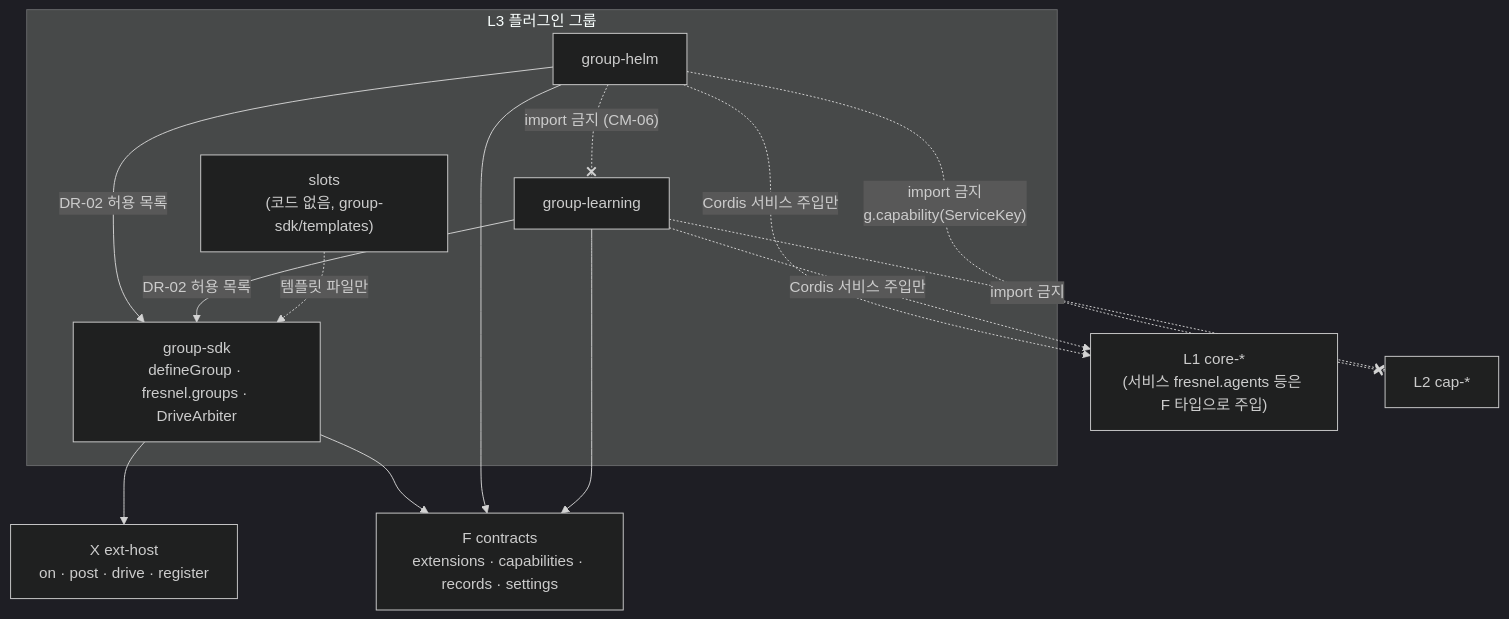
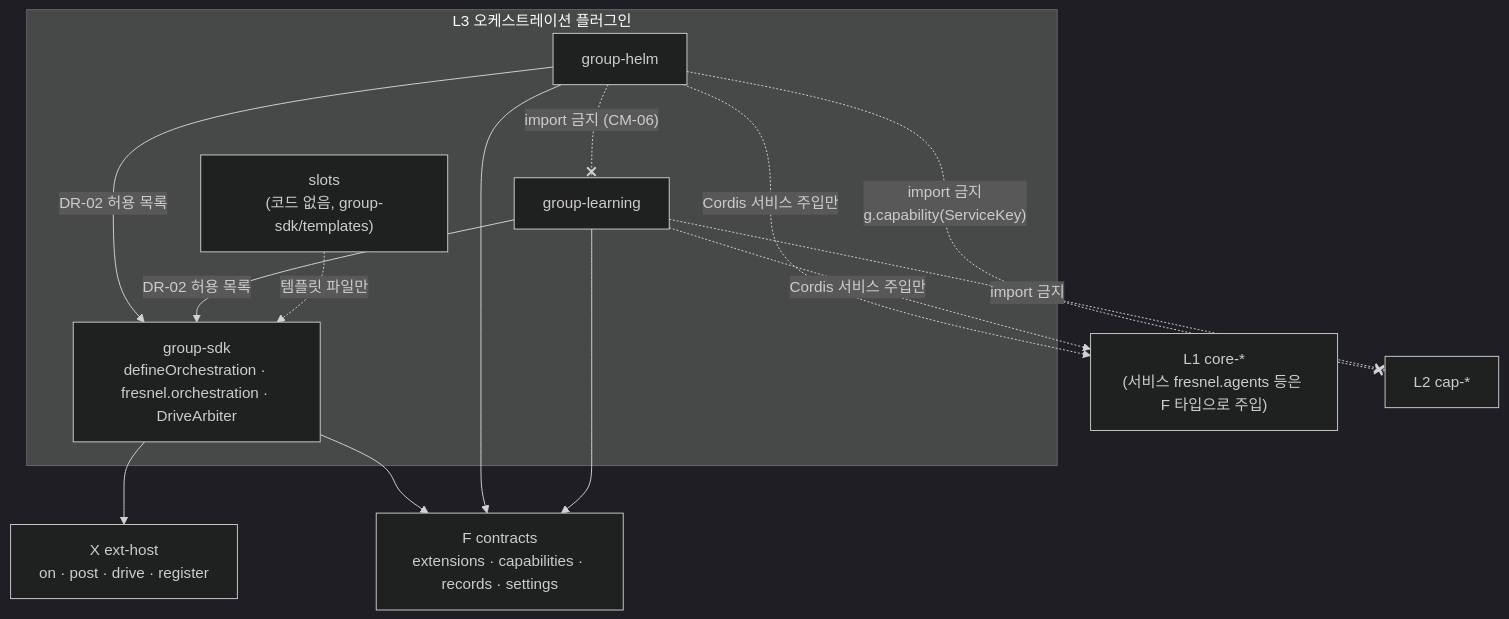
Before and after one commit to Rengod95/Helm-Agent_Docs_OS: the first of 2 diagrams in docs/xeon/L3/README.md, drawn with Mermaid (dark theme). The commit also changed other lines of this file and 404 other files, not shown here.

First line of the commit message:
fresnel(group): 그룹을 플러그인 개념으로 흡수한다: group.* wire, 매니페스트 group 블록, 설정 키, SDK 이름을 orchestration으로 바꾼다

````diff
--- a/docs/xeon/L3/README.md
+++ b/docs/xeon/L3/README.md
@@ -59,26 +59,26 @@
 ```mermaid
 flowchart TD
-  subgraph L3["L3 플러그인 그룹"]
-    kit["group-sdk<br/>defineGroup · fresnel.groups · DriveArbiter"]
+  subgraph L3["L3 오케스트레이션 플러그인"]
+    kit["group-sdk<br/>defineOrchestration · fresnel.orchestration · DriveArbiter"]
     helm["group-helm"]
     learn["group-learning"]
     slots["slots<br/>(코드 없음, group-sdk/templates)"]
   end
   F["F contracts<br/>extensions · capabilities · records · settings"]
   X["X ext-host<br/>on · post · drive · register"]
   L1["L1 core-*<br/>(서비스 fresnel.agents 등은 F 타입으로 주입)"]
   CAP["L2 cap-*"]
 
   helm -->|"DR-02 허용 목록"| kit
   learn -->|"DR-02 허용 목록"| kit
   slots -.->|"템플릿 파일만"| kit
   kit --> X
   kit --> F
   helm --> F
   learn --> F
   helm -.->|"Cordis 서비스 주입만"| L1
   learn -.->|"Cordis 서비스 주입만"| L1
   helm -. "import 금지<br/>g.capability(ServiceKey)" .-x CAP
   learn -. "import 금지" .-x CAP
   helm -. "import 금지 (CM-06)" .-x learn
 ```
````
